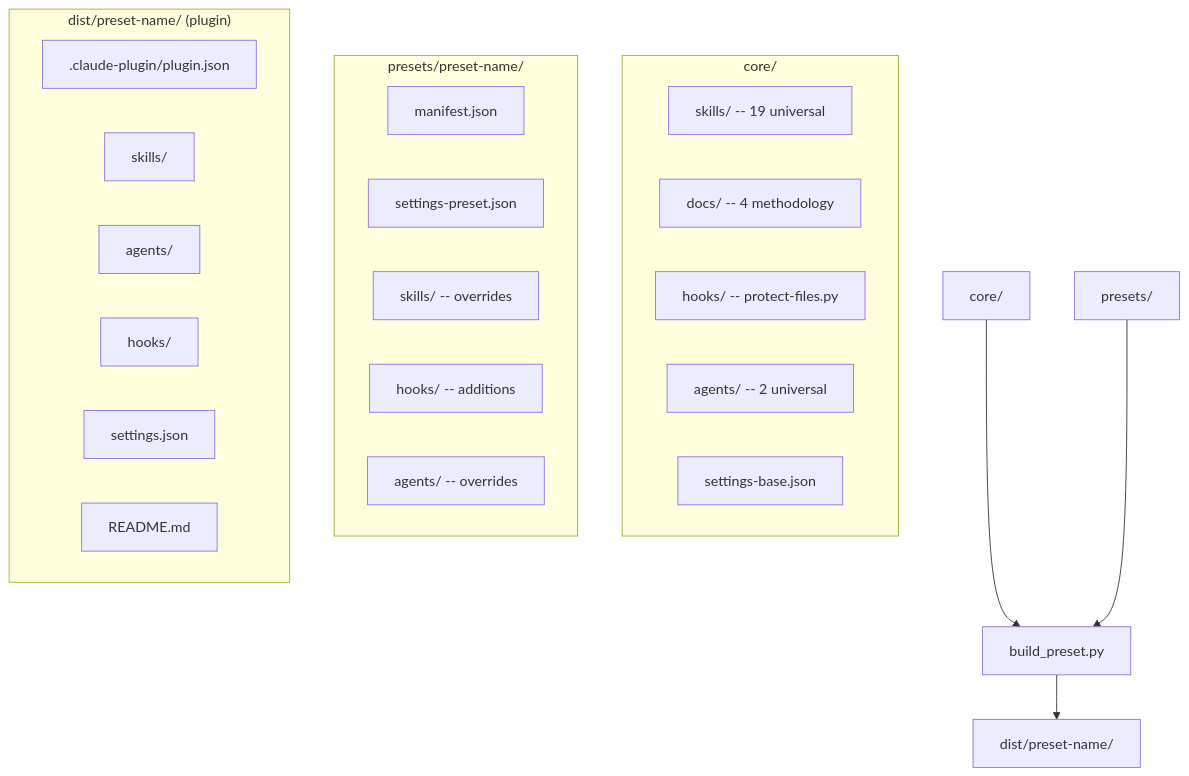
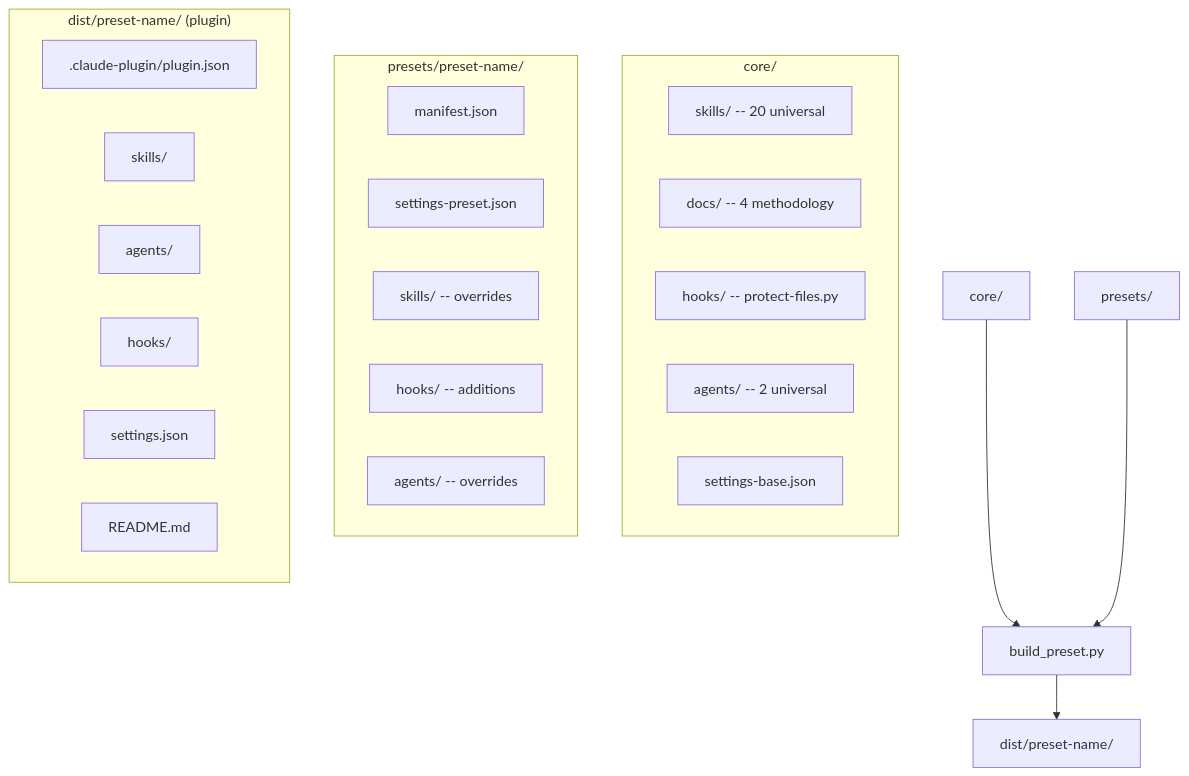
The second of 4 diagrams in README.md (cdcoonce/claude-workflow), drawn with Mermaid before and after one commit. The commit also changed other lines of this file, not shown here.

First line of the commit message:
docs(readme): reflect 20 skills and correct preset skill tables

````diff
--- a/README.md
+++ b/README.md
@@ -92,31 +92,31 @@
 ```mermaid
 graph TD
     CORE[core/] --> BUILD[build_preset.py]
     PRESETS[presets/] --> BUILD
     BUILD --> DIST[dist/preset-name/]
 
     subgraph "core/"
-        SKILLS_CORE[skills/ -- 19 universal]
+        SKILLS_CORE[skills/ -- 20 universal]
         DOCS[docs/ -- 4 methodology]
         HOOKS_CORE[hooks/ -- protect-files.py]
         AGENTS_CORE[agents/ -- 2 universal]
         BASE_JSON[settings-base.json]
     end
 
     subgraph "presets/preset-name/"
         MANIFEST[manifest.json]
         PRESET_JSON[settings-preset.json]
         SKILLS_PRESET[skills/ -- overrides]
         HOOKS_PRESET[hooks/ -- additions]
         AGENTS_PRESET[agents/ -- overrides]
     end
 
     subgraph "dist/preset-name/ (plugin)"
         OUT_PLUGIN[.claude-plugin/plugin.json]
         OUT_SKILLS[skills/]
         OUT_AGENTS[agents/]
         OUT_HOOKS[hooks/]
         OUT_SETTINGS[settings.json]
         OUT_README[README.md]
     end
 ```
````
